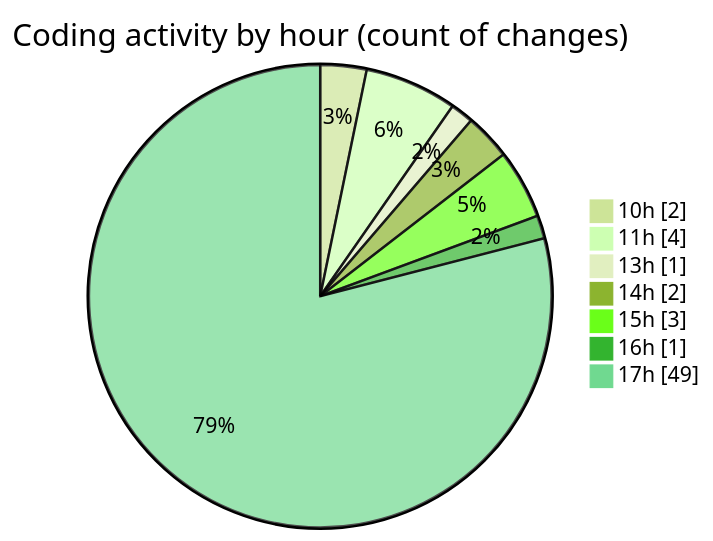
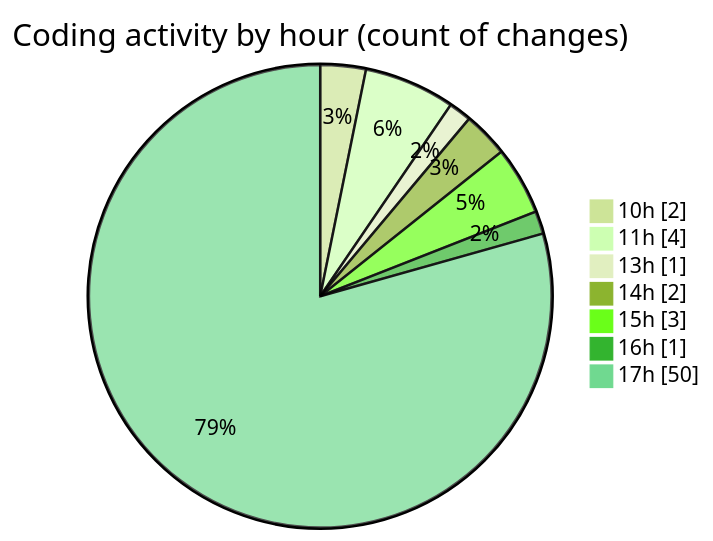
One commit to nxtqubesakshisongat/code-tracking changed the second of 2 diagrams in 2025-05-02/nxtqube_webapp/README.md. Above: the diagram before and after it, drawn with Mermaid (forest theme). The commit also changed other lines of this file and 1 other file, not shown here.

````diff
--- a/2025-05-02/nxtqube_webapp/README.md
+++ b/2025-05-02/nxtqube_webapp/README.md
@@ -36,11 +37,11 @@
 ```mermaid
 pie showData
 title Coding activity by hour (count of changes)
 "10h" : 2
 "11h" : 4
 "13h" : 1
 "14h" : 2
 "15h" : 3
 "16h" : 1
-"17h" : 49
+"17h" : 50
 ```
````
